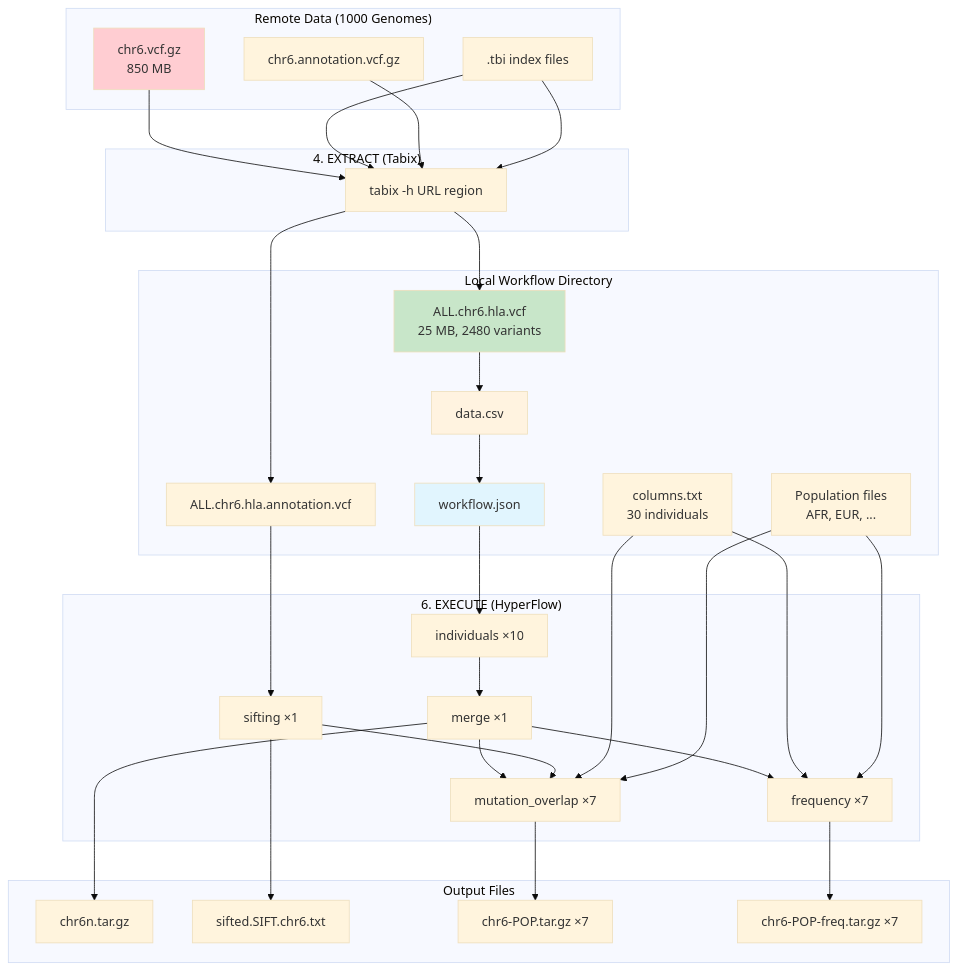
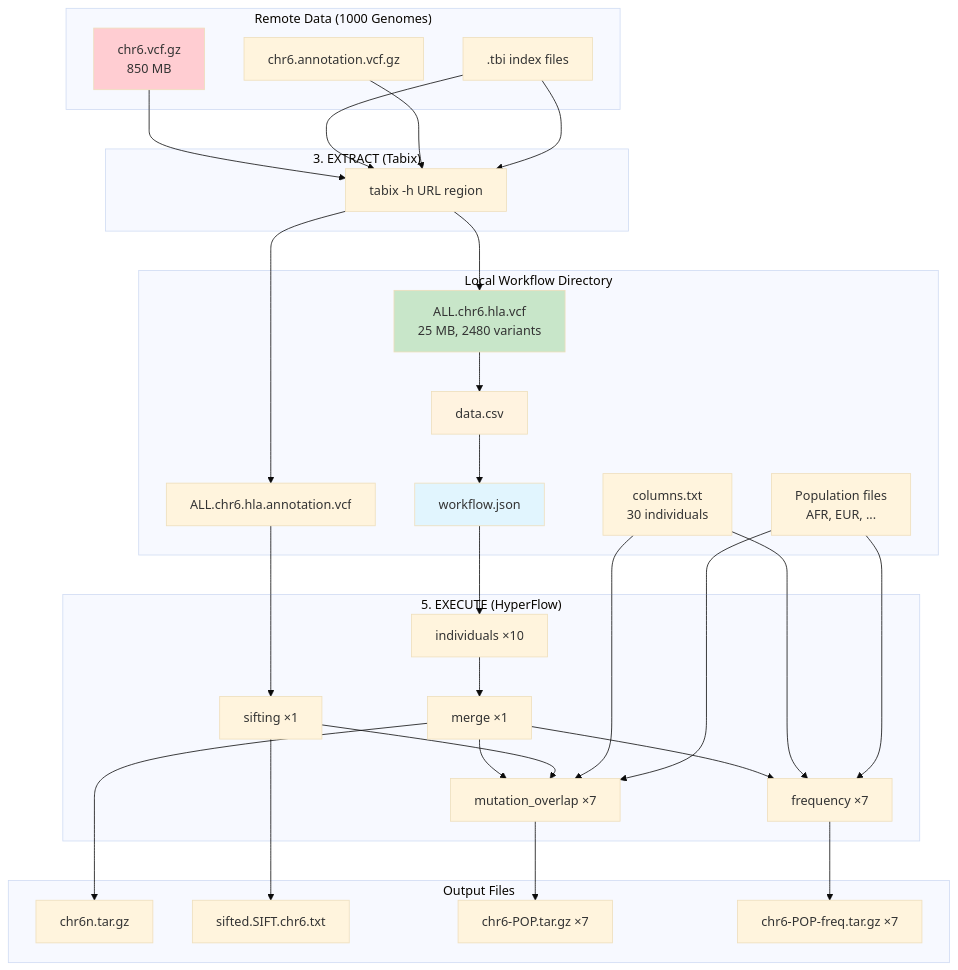
The second of 2 diagrams in workflow-composer/README.md (hyperflow-wms/1000genome-workflow), drawn with Mermaid (base theme) before and after one commit. The commit also changed other lines of this file and 4 other files, not shown here.

````diff
--- a/workflow-composer/README.md
+++ b/workflow-composer/README.md
@@ -245,57 +241,57 @@
 ```mermaid
 flowchart TB
     subgraph Remote["Remote Data (1000 Genomes)"]
         R1["chr6.vcf.gz<br/>850 MB"]
         R2["chr6.annotation.vcf.gz"]
         R3[".tbi index files"]
     end
 
-    subgraph Phase4["4. EXTRACT (Tabix)"]
+    subgraph Phase3["3. EXTRACT (Tabix)"]
         T["tabix -h URL region"]
     end
 
     subgraph Local["Local Workflow Directory"]
         L1["ALL.chr6.hla.vcf<br/>25 MB, 2480 variants"]
         L2["ALL.chr6.hla.annotation.vcf"]
         L3["columns.txt<br/>30 individuals"]
         L4["Population files<br/>AFR, EUR, ..."]
         L5["data.csv"]
         L6["workflow.json"]
     end
 
-    subgraph Phase6["6. EXECUTE (HyperFlow)"]
+    subgraph Phase5["5. EXECUTE (HyperFlow)"]
         H1["individuals ×10"]
         H2["merge ×1"]
         H3["sifting ×1"]
         H4["mutation_overlap ×7"]
         H5["frequency ×7"]
     end
 
     subgraph Outputs["Output Files"]
         O1["chr6n.tar.gz"]
         O2["sifted.SIFT.chr6.txt"]
         O3["chr6-POP.tar.gz ×7"]
         O4["chr6-POP-freq.tar.gz ×7"]
     end
 
     R1 & R3 --> T
     R2 & R3 --> T
     T --> L1 & L2
     L1 --> L5
     L5 --> L6
     L6 --> H1
     H1 --> H2
     L2 --> H3
     H2 --> H4 & H5
     H3 --> H4
     L3 & L4 --> H4 & H5
     H2 --> O1
     H3 --> O2
     H4 --> O3
     H5 --> O4
 
     style R1 fill:#ffcdd2
     style L1 fill:#c8e6c9
     style L5 fill:#fff3e0
     style L6 fill:#e1f5fe
 ```
````
